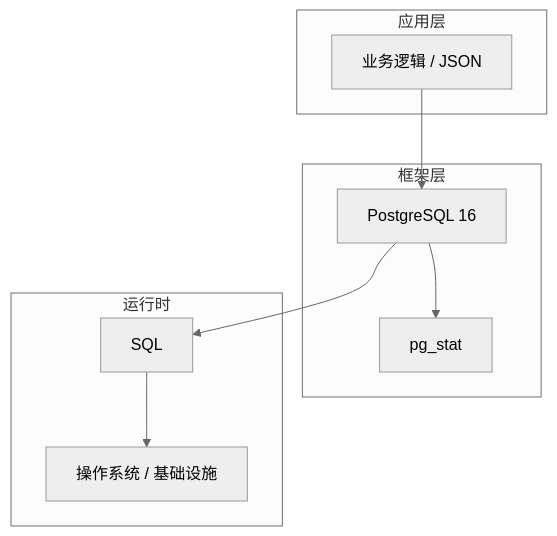
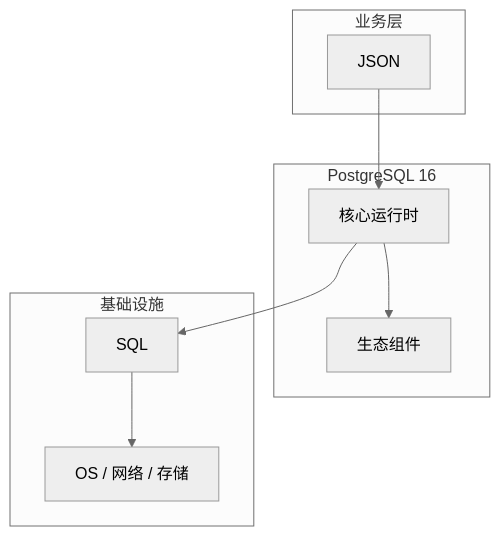
Before and after one commit to yanggan2015/knowledge-json-v2: the diagram in articles/PostgreSQL/chapters/061-JSON核心概念与原理.md, drawn with Mermaid (neutral theme). The commit also changed other lines of this file and 10127 other files, not shown here.

````diff
--- a/articles/PostgreSQL/chapters/061-JSON核心概念与原理.md
+++ b/articles/PostgreSQL/chapters/061-JSON核心概念与原理.md
@@ -45,18 +34,18 @@
 ```mermaid
 graph TB
-    subgraph 应用层
-        A[业务逻辑 / JSON]
+    subgraph 业务层
+        A[JSON]
     end
-    subgraph 框架层
-        B[PostgreSQL 16]
-        C[pg_stat]
+    subgraph PostgreSQL 16
+        B[核心运行时]
+        C[生态组件]
     end
-    subgraph 运行时
+    subgraph 基础设施
         D[SQL]
-        E[操作系统 / 基础设施]
+        E[OS / 网络 / 存储]
     end
     A --> B
     B --> C
     B --> D
     D --> E
 ```
````
